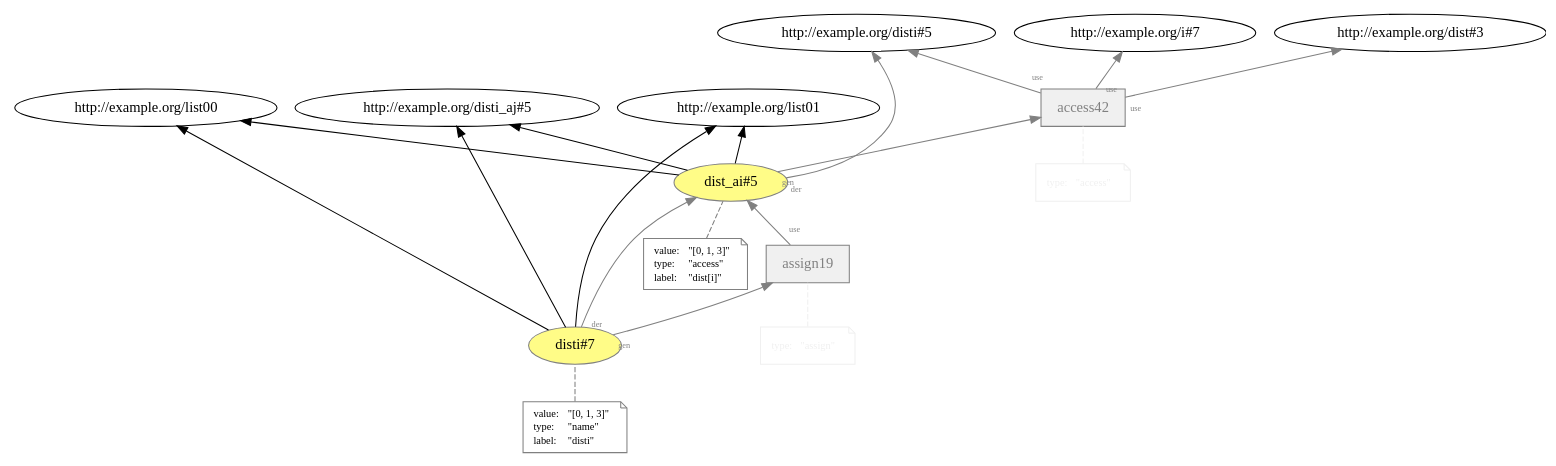
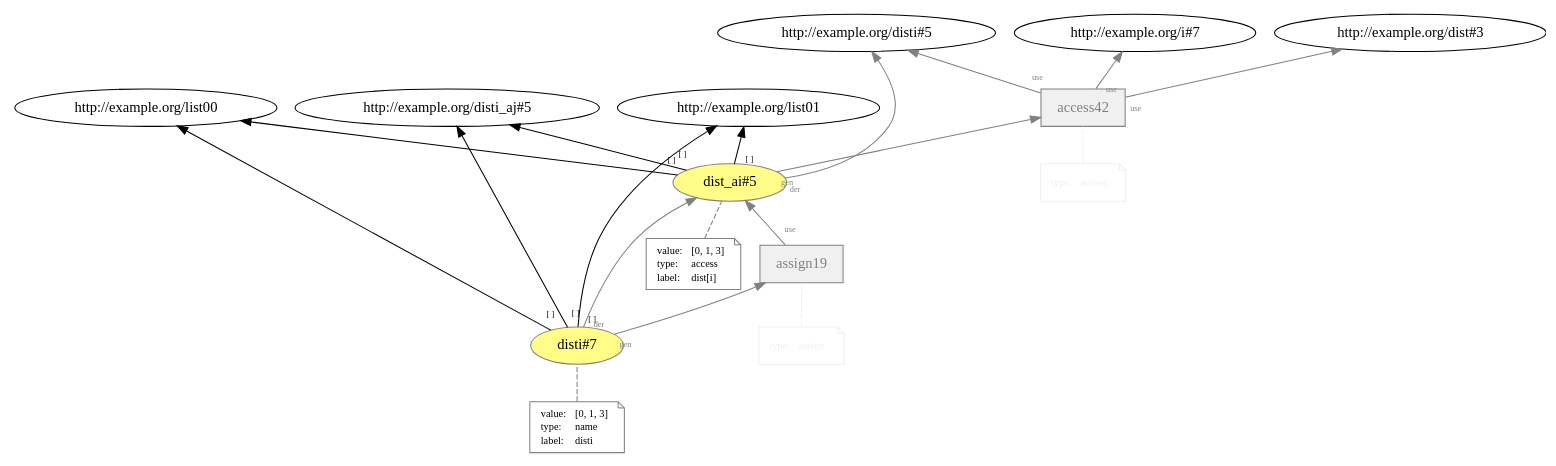
Before and after one commit to dew-uff/versioned-prov: the diagram in images/plain_prov/temp/L13__access__assign_5.dot, drawn with Graphviz. The commit also changed 580 other files, not shown here.

```diff
--- a/images/plain_prov/temp/L13__access__assign_5.dot
+++ b/images/plain_prov/temp/L13__access__assign_5.dot
@@ -1,64 +1,64 @@
 digraph "PROV" { size="16,12"; rankdir="BT";
 "http://example.org/dist_ai#5" [fillcolor="#FFFC87",color="#808080",style="filled",label="dist_ai#5",URL="http://example.org/dist_ai#5"]
 "-attrs0" [color="gray",shape="note",fontsize="10",fontcolor="black",label=<<TABLE cellpadding="0" border="0">
 	<TR>
 	    <TD align="left">value:</TD>
-	    <TD align="left">&quot;[0, 1, 3]&quot;</TD>
+	    <TD align="left">[0, 1, 3]</TD>
 	</TR>
 	<TR>
 	    <TD align="left">type:</TD>
-	    <TD align="left">&quot;access&quot;</TD>
+	    <TD align="left">access</TD>
 	</TR>
 	<TR>
 	    <TD align="left">label:</TD>
-	    <TD align="left">&quot;dist[i]&quot;</TD>
+	    <TD align="left">dist[i]</TD>
 	</TR>
 </TABLE>>]
 "-attrs0" -> "http://example.org/dist_ai#5" [color="gray",style="dashed",arrowhead="none"]
-"http://example.org/dist_ai#5" -> "http://example.org/list00"
-"http://example.org/dist_ai#5" -> "http://example.org/list01"
-"http://example.org/dist_ai#5" -> "http://example.org/disti_aj#5"
+"http://example.org/dist_ai#5" -> "http://example.org/list00" [labelfontsize="8",labeldistance="1.5",labelangle="60.0",rotation="20",taillabel="[ ]"]
+"http://example.org/dist_ai#5" -> "http://example.org/list01" [labelfontsize="8",labeldistance="1.5",labelangle="60.0",rotation="20",taillabel="[ ]"]
+"http://example.org/dist_ai#5" -> "http://example.org/disti_aj#5" [labelfontsize="8",labeldistance="1.5",labelangle="60.0",rotation="20",taillabel="[ ]"]
 "http://example.org/access42" [fillcolor="#F0F0F0",color="gray",shape="polygon",sides="4",style="filled",label="access42",URL="http://example.org/access42",fontcolor="gray"]
 "-attrs1" [color="#F0F0F0",shape="note",fontsize="10",fontcolor="black",label=<<TABLE cellpadding="0" border="0">
 	<TR>
 	    <TD align="left"><font color="#F0F0F0">type:</font></TD>
-	    <TD align="left"><font color="#F0F0F0">&quot;access&quot;</font></TD>
+	    <TD align="left"><font color="#F0F0F0">access</font></TD>
 	</TR>
 </TABLE>>]
 "-attrs1" -> "http://example.org/access42" [color="#F0F0F0",style="dashed",arrowhead="none"]
 "http://example.org/access42" -> "http://example.org/disti#5" [labelfontsize="8",labeldistance="1.5",labelangle="60.0",rotation="20",taillabel="use",fontcolor="gray",color="gray"]
 "http://example.org/dist_ai#5" -> "http://example.org/disti#5" [labelfontsize="8",labeldistance="1.5",labelangle="60.0",rotation="20",taillabel="der",fontcolor="gray",color="gray"]
 "http://example.org/dist_ai#5" -> "http://example.org/access42" [labelfontsize="8",labeldistance="1.5",labelangle="60.0",rotation="20",taillabel="gen",fontcolor="gray",color="gray"]
 "http://example.org/access42" -> "http://example.org/dist#3" [labelfontsize="8",labeldistance="1.5",labelangle="60.0",rotation="20",taillabel="use",fontcolor="gray",color="gray"]
 "http://example.org/access42" -> "http://example.org/i#7" [labelfontsize="8",labeldistance="1.5",labelangle="60.0",rotation="20",taillabel="use",fontcolor="gray",color="gray"]
 "http://example.org/disti#7" [fillcolor="#FFFC87",color="#808080",style="filled",label="disti#7",URL="http://example.org/disti#7"]
 "-attrs2" [color="gray",shape="note",fontsize="10",fontcolor="black",label=<<TABLE cellpadding="0" border="0">
 	<TR>
 	    <TD align="left">value:</TD>
-	    <TD align="left">&quot;[0, 1, 3]&quot;</TD>
+	    <TD align="left">[0, 1, 3]</TD>
 	</TR>
 	<TR>
 	    <TD align="left">type:</TD>
-	    <TD align="left">&quot;name&quot;</TD>
+	    <TD align="left">name</TD>
 	</TR>
 	<TR>
 	    <TD align="left">label:</TD>
-	    <TD align="left">&quot;disti&quot;</TD>
+	    <TD align="left">disti</TD>
 	</TR>
 </TABLE>>]
 "-attrs2" -> "http://example.org/disti#7" [color="gray",style="dashed",arrowhead="none"]
-"http://example.org/disti#7" -> "http://example.org/list00"
-"http://example.org/disti#7" -> "http://example.org/list01"
-"http://example.org/disti#7" -> "http://example.org/disti_aj#5"
+"http://example.org/disti#7" -> "http://example.org/list00" [labelfontsize="8",labeldistance="1.5",labelangle="60.0",rotation="20",taillabel="[ ]"]
+"http://example.org/disti#7" -> "http://example.org/list01" [labelfontsize="8",labeldistance="1.5",labelangle="60.0",rotation="20",taillabel="[ ]"]
+"http://example.org/disti#7" -> "http://example.org/disti_aj#5" [labelfontsize="8",labeldistance="1.5",labelangle="60.0",rotation="20",taillabel="[ ]"]
 "http://example.org/assign19" [fillcolor="#F0F0F0",color="gray",shape="polygon",sides="4",style="filled",label="assign19",URL="http://example.org/assign19",fontcolor="gray"]
 "-attrs3" [color="#F0F0F0",shape="note",fontsize="10",fontcolor="black",label=<<TABLE cellpadding="0" border="0">
 	<TR>
 	    <TD align="left"><font color="#F0F0F0">type:</font></TD>
-	    <TD align="left"><font color="#F0F0F0">&quot;assign&quot;</font></TD>
+	    <TD align="left"><font color="#F0F0F0">assign</font></TD>
 	</TR>
 </TABLE>>]
 "-attrs3" -> "http://example.org/assign19" [color="#F0F0F0",style="dashed",arrowhead="none"]
 "http://example.org/assign19" -> "http://example.org/dist_ai#5" [labelfontsize="8",labeldistance="1.5",labelangle="60.0",rotation="20",taillabel="use",fontcolor="gray",color="gray"]
 "http://example.org/disti#7" -> "http://example.org/dist_ai#5" [labelfontsize="8",labeldistance="1.5",labelangle="60.0",rotation="20",taillabel="der",fontcolor="gray",color="gray"]
 "http://example.org/disti#7" -> "http://example.org/assign19" [labelfontsize="8",labeldistance="1.5",labelangle="60.0",rotation="20",taillabel="gen",fontcolor="gray",color="gray"]
 }
```
